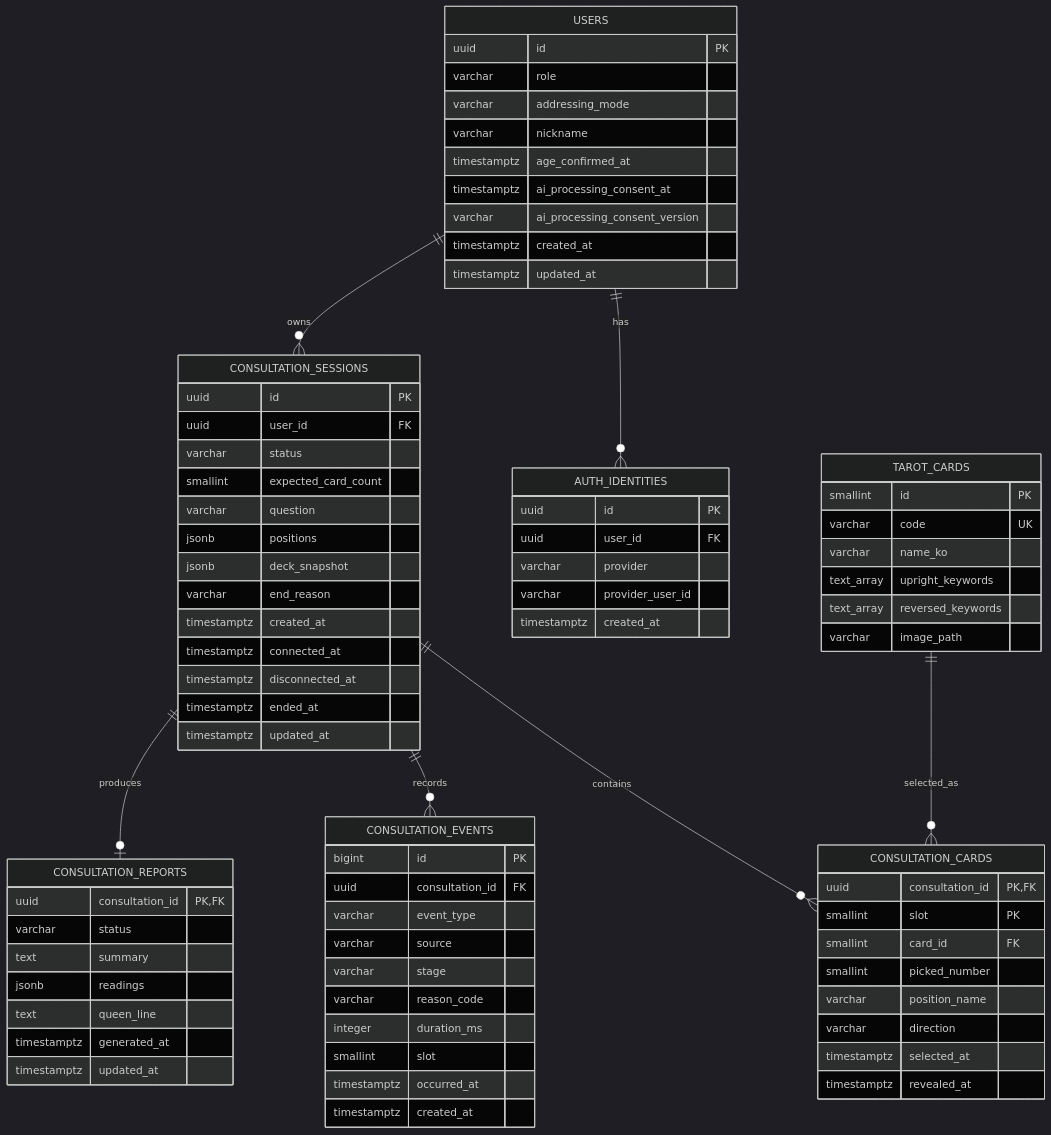
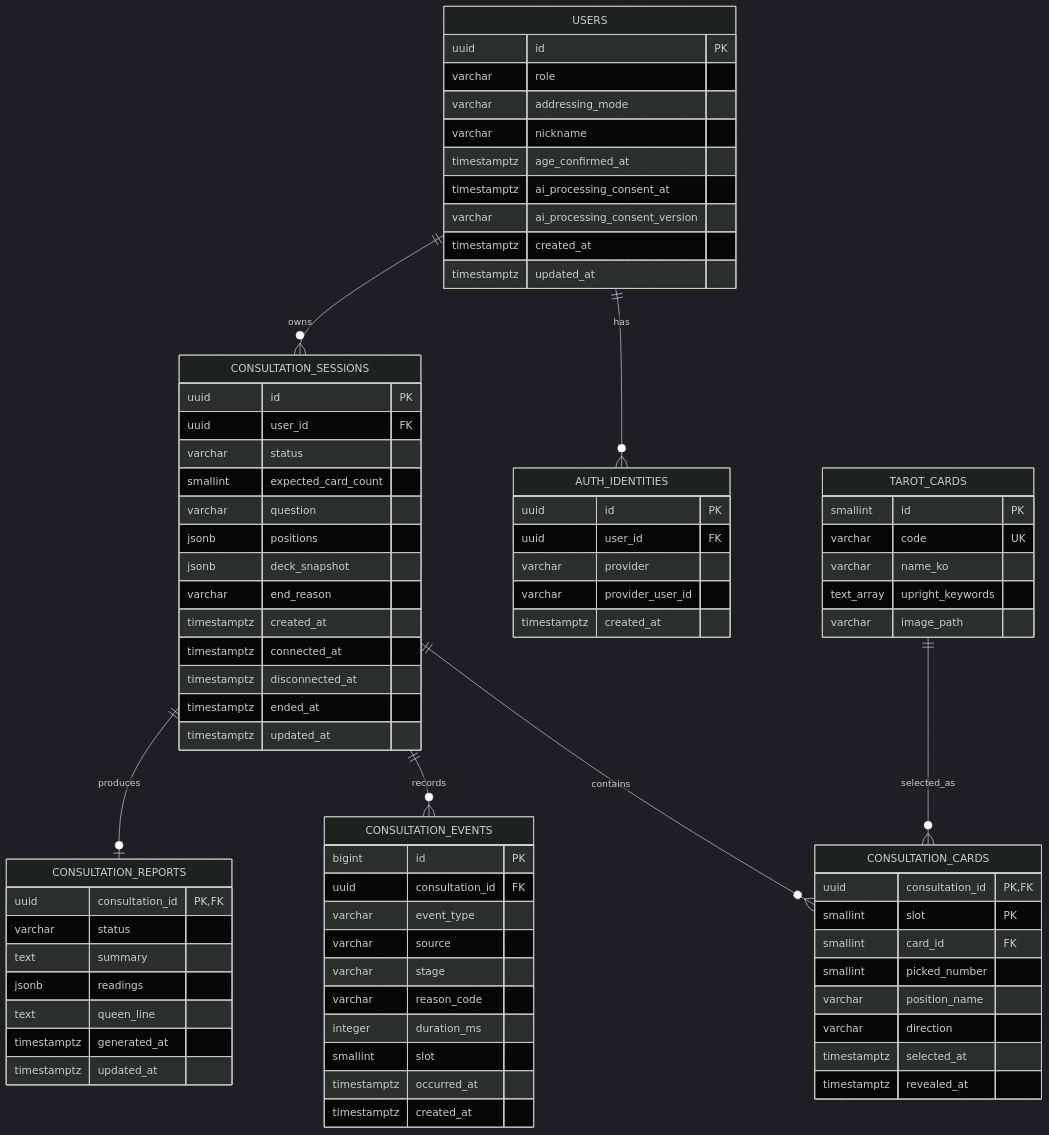
Before and after one commit to voice-uxlab/ten-minutes: the diagram in specs/backend/database.md, drawn with Mermaid (dark theme). The commit also changed other lines of this file and 16 other files, not shown here.

```diff
--- a/specs/backend/database.md
+++ b/specs/backend/database.md
@@ -107,7 +107,6 @@
         varchar code UK
         varchar name_ko
         text_array upright_keywords
-        text_array reversed_keywords
         varchar image_path
     }
 
```
